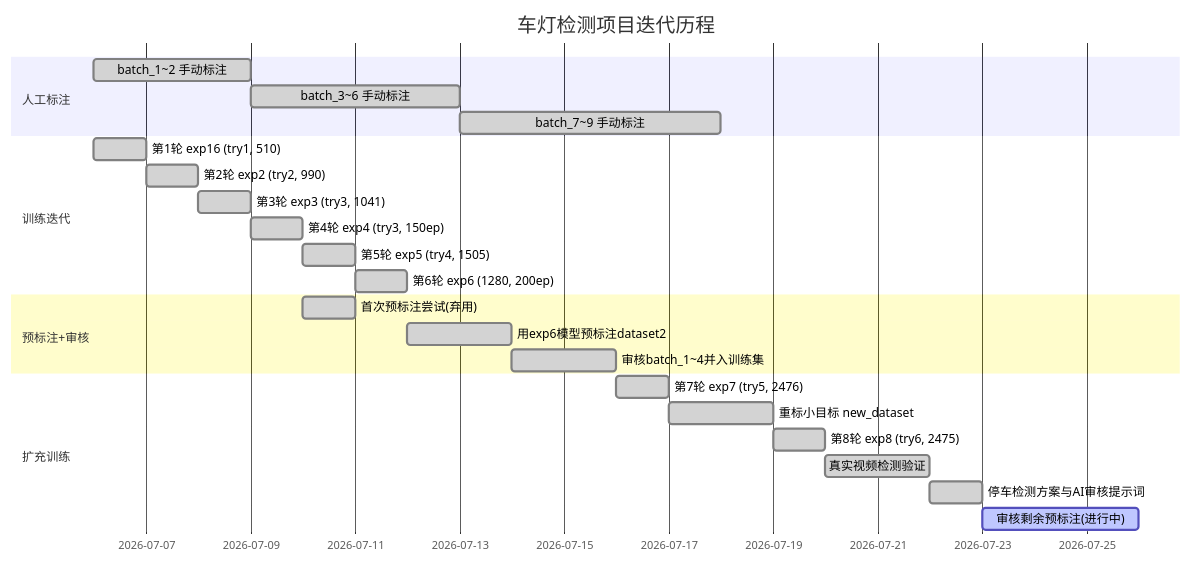
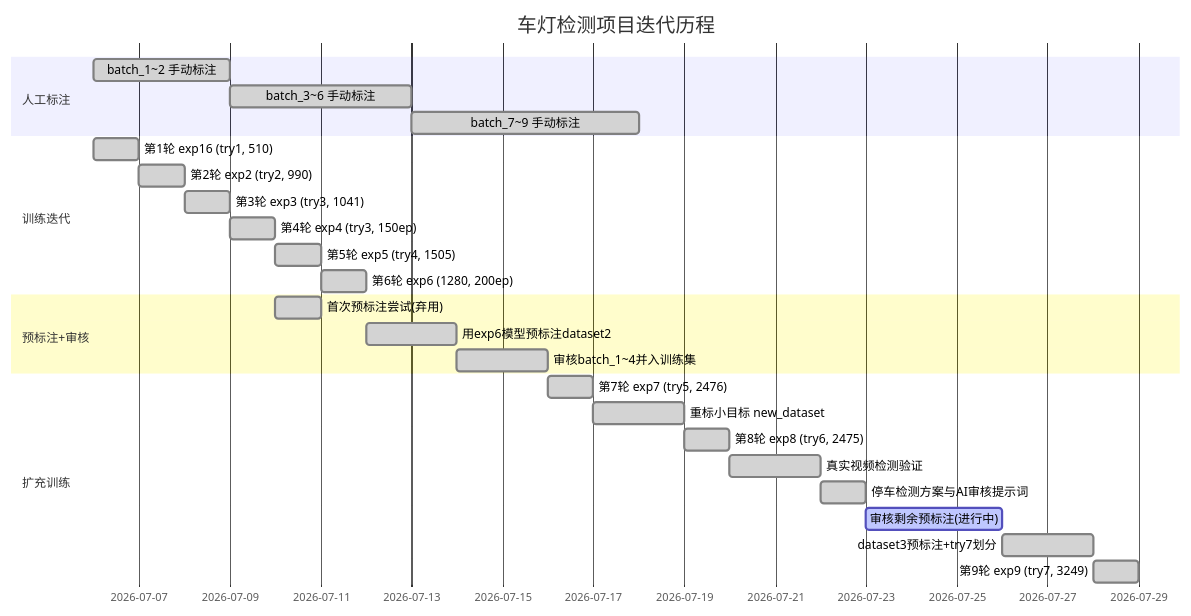
The first of 3 diagrams in 项目/实习经历/长天智远/车灯检测/夜间车灯识别车辆文档（基于yolov7）.md (Gsheen76/My-Obsidian), drawn with Mermaid before and after one commit. The commit also changed other lines of this file, not shown here.

Commit message:
更新车灯检测项目文档至第9轮（exp9 泛化微调与三测试集评估）

````diff
--- a/项目/实习经历/长天智远/车灯检测/夜间车灯识别车辆文档（基于yolov7）.md
+++ b/项目/实习经历/长天智远/车灯检测/夜间车灯识别车辆文档（基于yolov7）.md
@@ -39,27 +38,29 @@
 ```mermaid
 gantt
     title 车灯检测项目迭代历程
     dateFormat YYYY-MM-DD
     section 人工标注
     batch_1~2 手动标注           :done, a1, 2026-07-06, 3d
     batch_3~6 手动标注           :done, a2, after a1, 4d
     batch_7~9 手动标注           :done, a3, after a2, 5d
     section 训练迭代
     第1轮 exp16 (try1, 510)      :done, t1, 2026-07-06, 1d
     第2轮 exp2 (try2, 990)       :done, t2, after t1, 1d
     第3轮 exp3 (try3, 1041)      :done, t3, after t2, 1d
     第4轮 exp4 (try3, 150ep)     :done, t4, after t3, 1d
     第5轮 exp5 (try4, 1505)      :done, t5, after t4, 1d
     第6轮 exp6 (1280, 200ep)     :done, t6, after t5, 1d
     section 预标注+审核
     首次预标注尝试(弃用)         :done, p1, after t4, 1d
     用exp6模型预标注dataset2     :done, p2, after t6, 2d
     审核batch_1~4并入训练集      :done, p3, after p2, 2d
     section 扩充训练
     第7轮 exp7 (try5, 2476)     :done, t7, after p3, 1d
     重标小目标 new_dataset      :done, t8, after t7, 2d
     第8轮 exp8 (try6, 2475)     :done, t9, after t8, 1d
     真实视频检测验证            :done, t10, after t9, 2d
     停车检测方案与AI审核提示词  :done, t11, after t10, 1d
     审核剩余预标注(进行中)      :active, p4, after t11, 3d
+    dataset3预标注+try7划分     :done, t12, after p4, 2d
+    第9轮 exp9 (try7, 3249)     :done, t13, after t12, 1d
 ```
````
